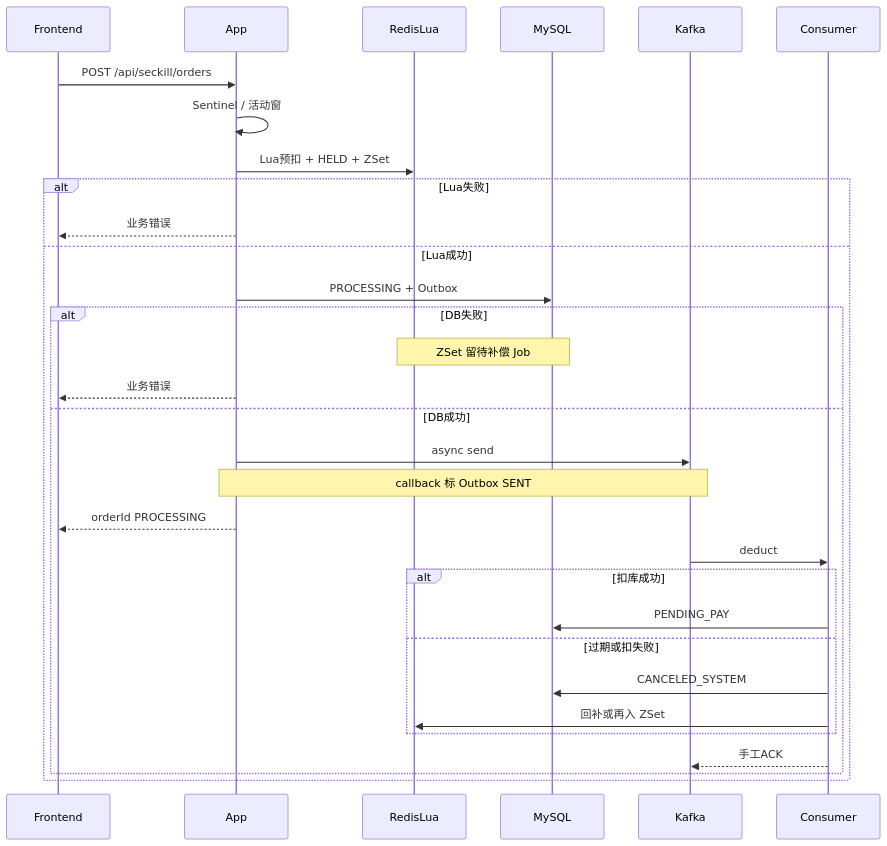
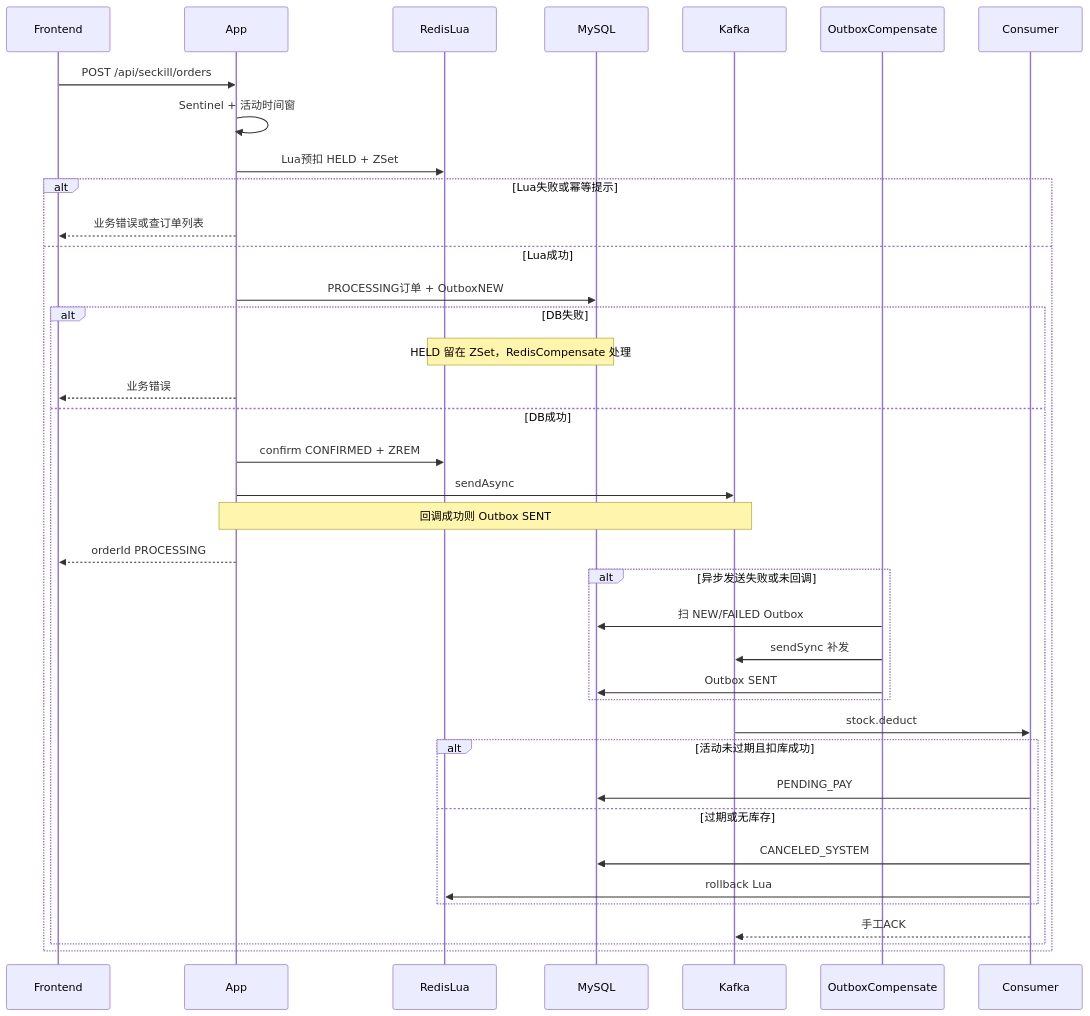
One commit to wegod/presence changed the third of 8 diagrams in README.md. Above: the diagram before and after it, drawn with Mermaid. The commit also changed other lines of this file, not shown here.

First line of the commit message:
Fix README architecture diagrams to match the implemented flow.

````diff
--- a/README.md
+++ b/README.md
@@ -84,34 +90,41 @@
 ```mermaid
 sequenceDiagram
   participant FE as Frontend
   participant API as App
   participant R as RedisLua
   participant DB as MySQL
   participant K as Kafka
+  participant Job as OutboxCompensate
   participant C as Consumer
 
   FE->>API: POST /api/seckill/orders
-  API->>API: Sentinel / 活动窗
-  API->>R: Lua预扣 + HELD + ZSet
-  alt Lua失败
-    API-->>FE: 业务错误
+  API->>API: Sentinel + 活动时间窗
+  API->>R: Lua预扣 HELD + ZSet
+  alt Lua失败或幂等提示
+    API-->>FE: 业务错误或查订单列表
   else Lua成功
-    API->>DB: PROCESSING + Outbox
+    API->>DB: PROCESSING订单 + OutboxNEW
     alt DB失败
-      Note over R,DB: ZSet 留待补偿 Job
+      Note over R,DB: HELD 留在 ZSet，RedisCompensate 处理
       API-->>FE: 业务错误
     else DB成功
-      API->>K: async send
-      Note over API,K: callback 标 Outbox SENT
+      API->>R: confirm CONFIRMED + ZREM
+      API->>K: sendAsync
+      Note over API,K: 回调成功则 Outbox SENT
       API-->>FE: orderId PROCESSING
-      K->>C: deduct
-      alt 扣库成功
+      alt 异步发送失败或未回调
+        Job->>DB: 扫 NEW/FAILED Outbox
+        Job->>K: sendSync 补发
+        Job->>DB: Outbox SENT
+      end
+      K->>C: stock.deduct
+      alt 活动未过期且扣库成功
         C->>DB: PENDING_PAY
-      else 过期或扣失败
+      else 过期或无库存
         C->>DB: CANCELED_SYSTEM
-        C->>R: 回补或再入 ZSet
+        C->>R: rollback Lua
       end
       C-->>K: 手工ACK
     end
   end
 ```
````
